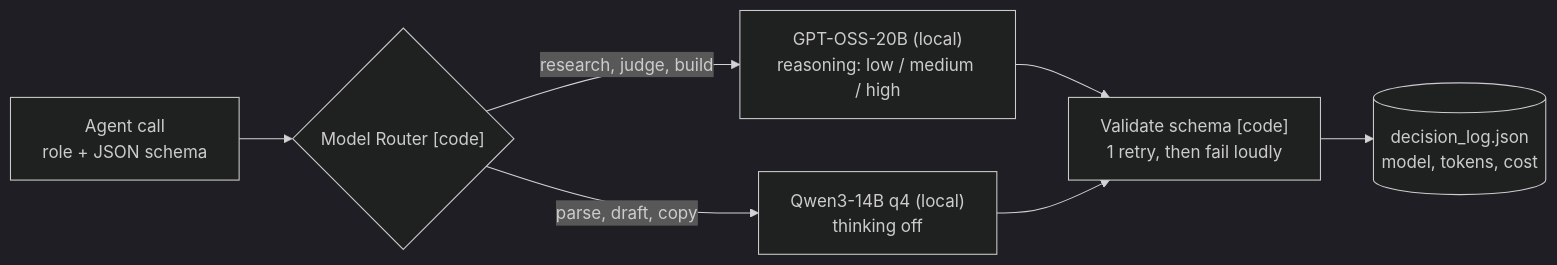
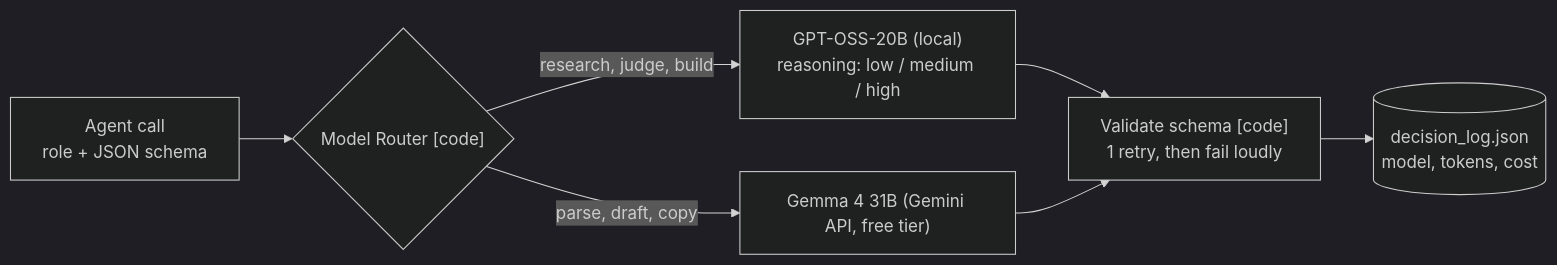
Before and after one commit to Lotr2/sudo_win: the first of 8 diagrams in docs/phase-workflows.md, drawn with Mermaid (dark theme). The commit also changed other lines of this file and 15 other files, not shown here.

First line of the commit message:
Switch second model from Qwen3-14B to Gemma 4 31B on the Gemini API

````diff
--- a/docs/phase-workflows.md
+++ b/docs/phase-workflows.md
@@ -17,8 +17,8 @@
 ```mermaid
 flowchart LR
   call["Agent call<br/>role + JSON schema"] --> router{"Model Router [code]"}
   router -->|research, judge, build| oss["GPT-OSS-20B (local)<br/>reasoning: low / medium / high"]
-  router -->|parse, draft, copy| qwen["Qwen3-14B q4 (local)<br/>thinking off"]
-  oss & qwen --> val["Validate schema [code]<br/>1 retry, then fail loudly"]
+  router -->|parse, draft, copy| gemma["Gemma 4 31B (Gemini API, free tier)"]
+  oss & gemma --> val["Validate schema [code]<br/>1 retry, then fail loudly"]
   val --> log[("decision_log.json<br/>model, tokens, cost")]
 ```
````
